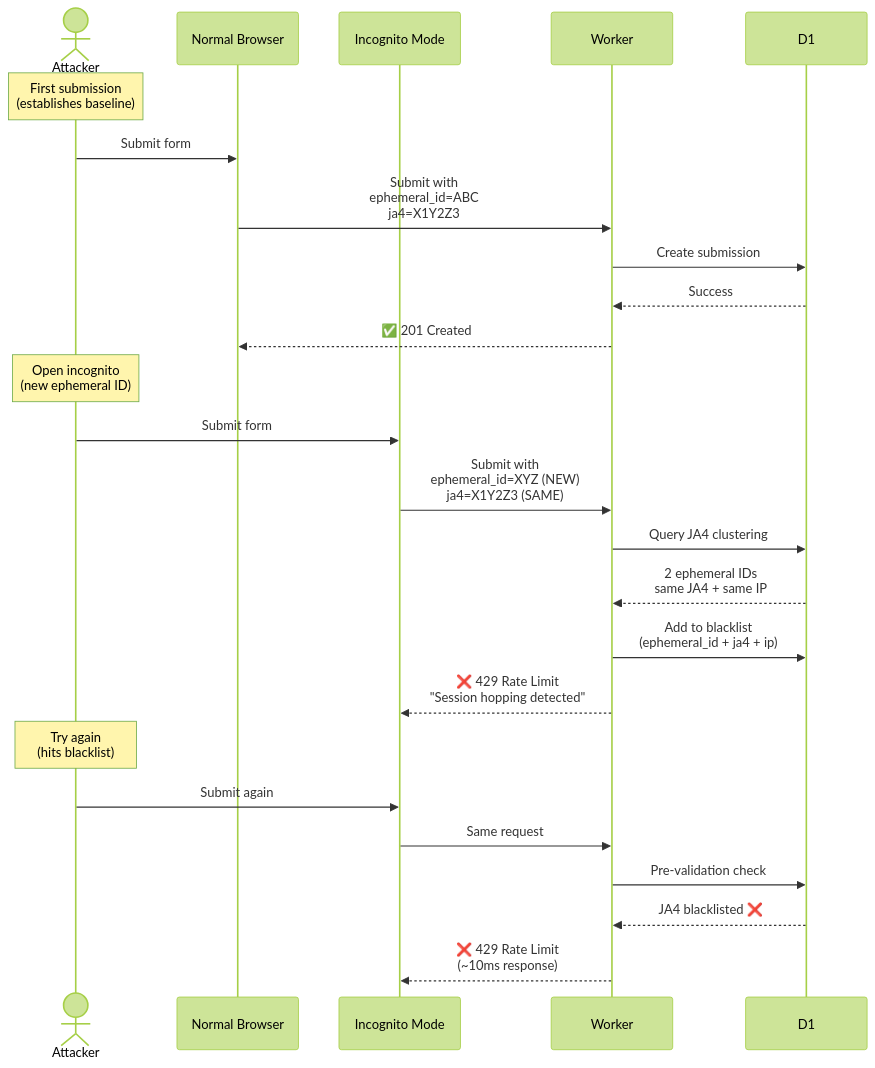
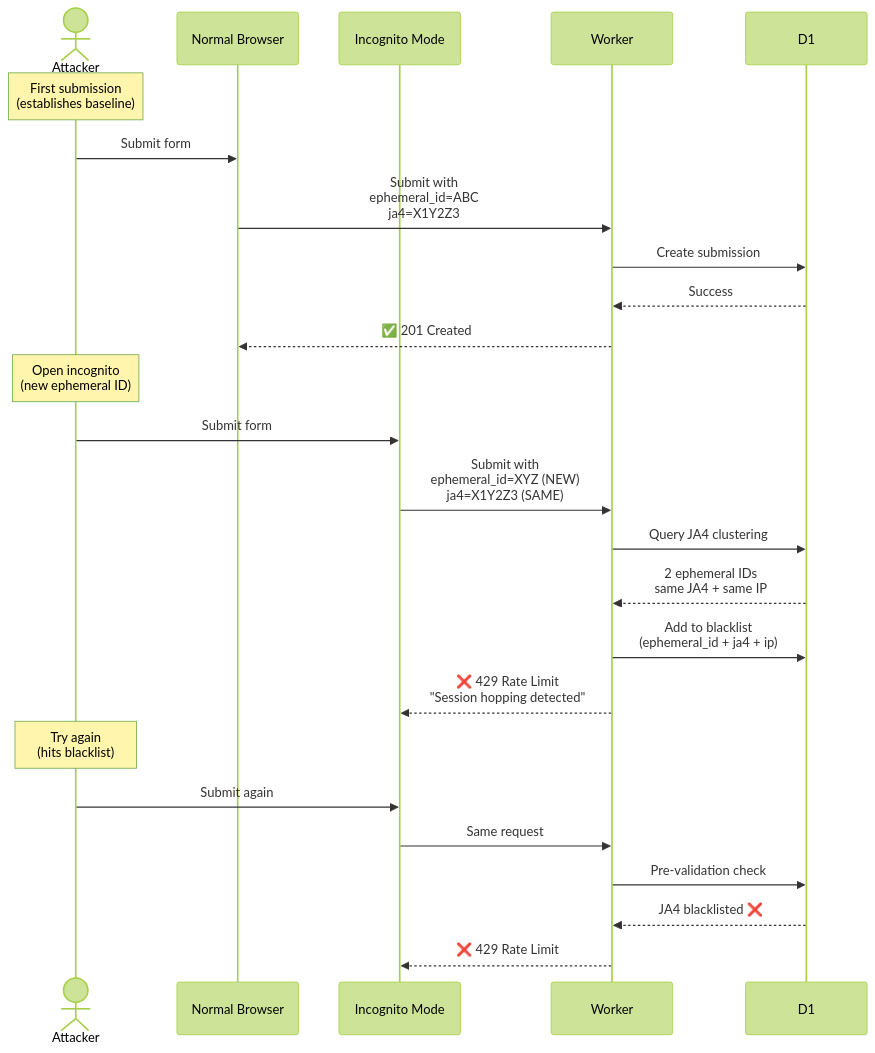
One commit to erfianugrah/turnstile-flow changed the third of 4 diagrams in docs/FRAUD-DETECTION.md. Above: the diagram before and after it, drawn with Mermaid (forest theme). The commit also changed other lines of this file and 5 other files, not shown here.

````diff
--- a/docs/FRAUD-DETECTION.md
+++ b/docs/FRAUD-DETECTION.md
@@ -339,30 +337,30 @@
 ```mermaid
 sequenceDiagram
     actor Attacker
     participant Normal as Normal Browser
     participant Incognito as Incognito Mode
     participant Worker
     participant D1
 
     Note over Attacker: First submission<br/>(establishes baseline)
     Attacker->>Normal: Submit form
     Normal->>Worker: Submit with<br/>ephemeral_id=ABC<br/>ja4=X1Y2Z3
     Worker->>D1: Create submission
     D1-->>Worker: Success
     Worker-->>Normal: ✅ 201 Created
 
     Note over Attacker: Open incognito<br/>(new ephemeral ID)
     Attacker->>Incognito: Submit form
     Incognito->>Worker: Submit with<br/>ephemeral_id=XYZ (NEW)<br/>ja4=X1Y2Z3 (SAME)
     Worker->>D1: Query JA4 clustering
     D1-->>Worker: 2 ephemeral IDs<br/>same JA4 + same IP
     Worker->>D1: Add to blacklist<br/>(ephemeral_id + ja4 + ip)
     Worker-->>Incognito: ❌ 429 Rate Limit<br/>"Session hopping detected"
 
     Note over Attacker: Try again<br/>(hits blacklist)
     Attacker->>Incognito: Submit again
     Incognito->>Worker: Same request
     Worker->>D1: Pre-validation check
     D1-->>Worker: JA4 blacklisted ❌
-    Worker-->>Incognito: ❌ 429 Rate Limit<br/>(~10ms response)
+    Worker-->>Incognito: ❌ 429 Rate Limit
 ```
````
